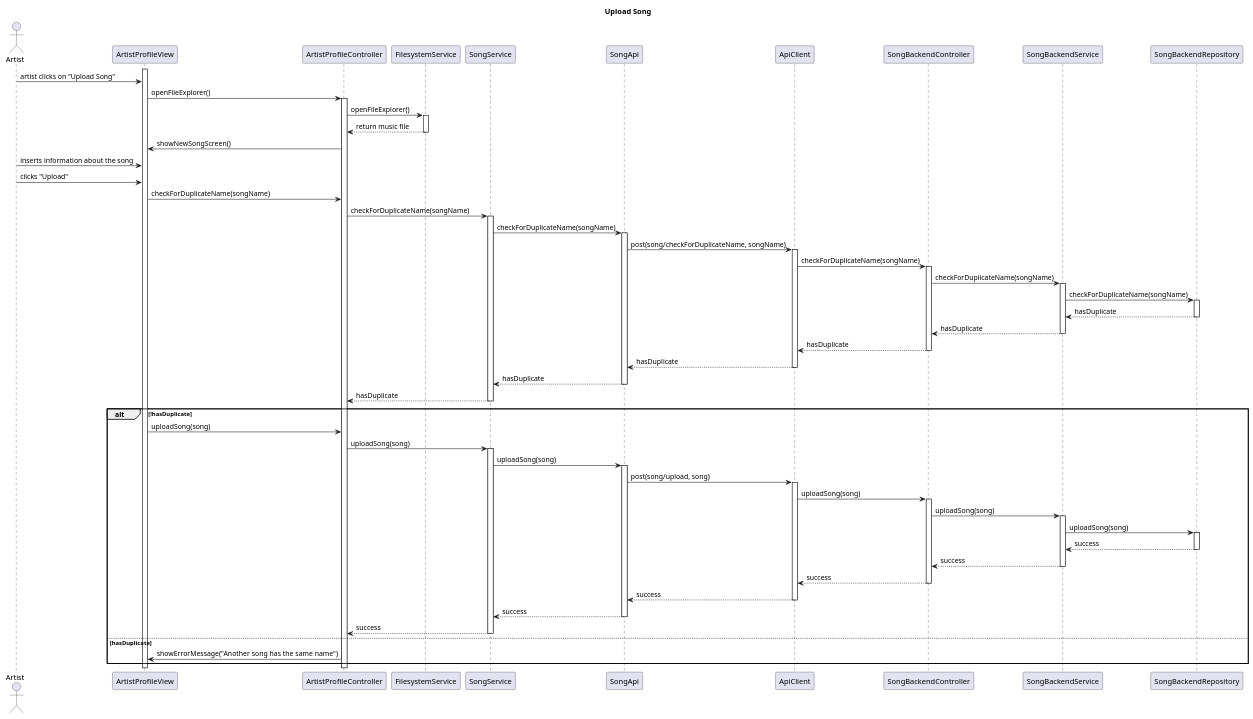
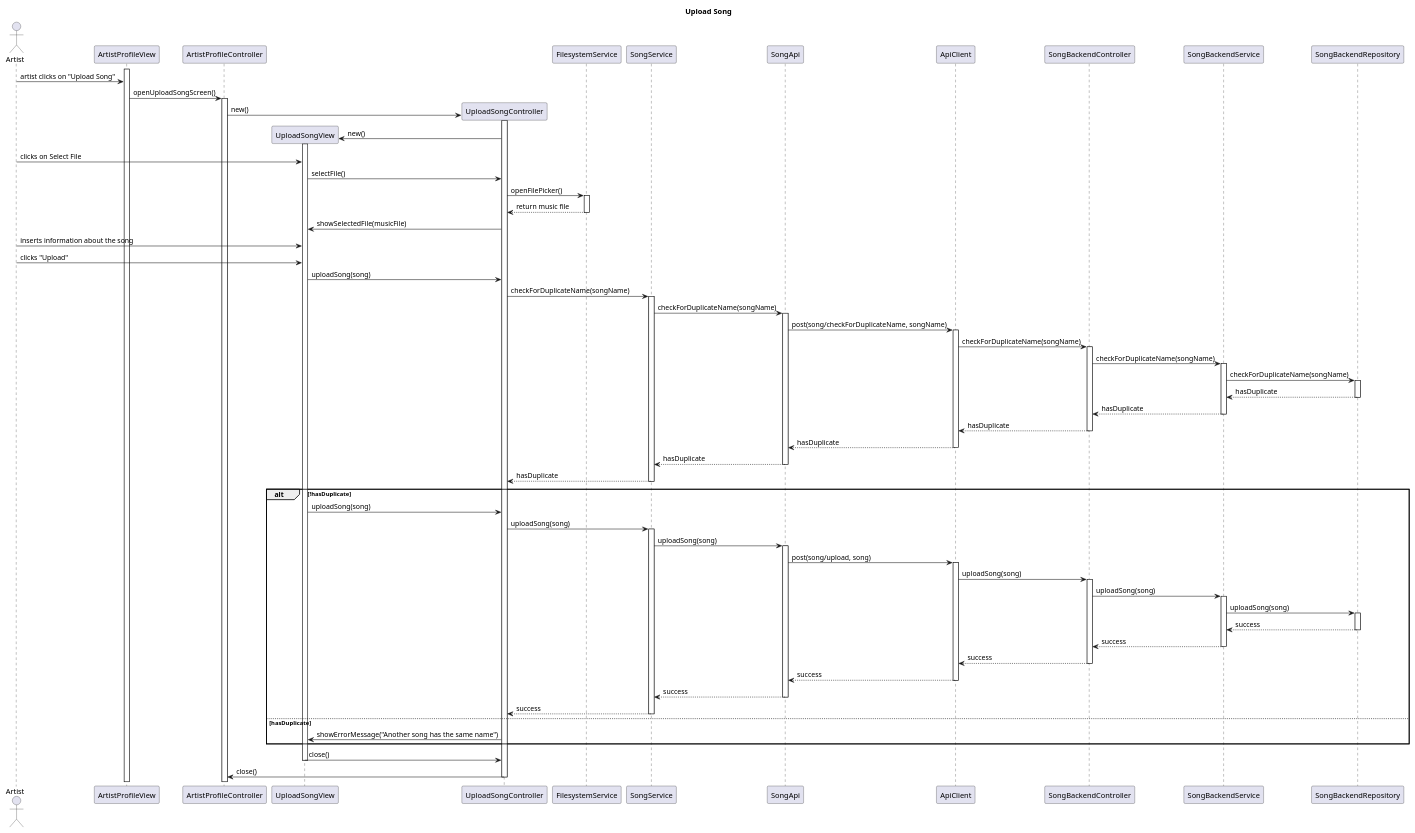
Before and after one commit to RubenKingCP/Tunix: the diagram in Paradoteo_4/SequenceDiagrams-v0.3/UploadSong.puml, drawn with PlantUML. The commit also changed 27 other files, not shown here.

Commit message:
Minor changes to sequence diagrams and regenerated all uml diagrams in Paradoteo_4

```diff
--- a/Paradoteo_4/SequenceDiagrams-v0.3/UploadSong.puml
+++ b/Paradoteo_4/SequenceDiagrams-v0.3/UploadSong.puml
@@ -1,86 +1,101 @@
 @startuml UplaodSong
 
 title Upload Song
 
 actor Artist
 
 participant ArtistProfileView
 participant ArtistProfileController
+participant UploadSongView
+participant UploadSongController
 participant FilesystemService
 participant SongService
 participant SongApi
 participant ApiClient
 participant SongBackendController
 participant SongBackendService
 participant SongBackendRepository
 
 
 activate ArtistProfileView
 Artist -> ArtistProfileView : artist clicks on "Upload Song"
-ArtistProfileView -> ArtistProfileController : openFileExplorer()
+ArtistProfileView -> ArtistProfileController : openUploadSongScreen()
 activate ArtistProfileController
-ArtistProfileController -> FilesystemService : openFileExplorer()
+create UploadSongController
+ArtistProfileController -> UploadSongController : new()
+activate UploadSongController
+create UploadSongView
+UploadSongController -> UploadSongView : new()
+activate UploadSongView
+Artist -> UploadSongView : clicks on Select File
+UploadSongView -> UploadSongController : selectFile()
+UploadSongController -> FilesystemService : openFilePicker()
+
 activate FilesystemService
-FilesystemService --> ArtistProfileController : return music file
+FilesystemService --> UploadSongController : return music file
 deactivate FilesystemService
-ArtistProfileController -> ArtistProfileView : showNewSongScreen()
-Artist -> ArtistProfileView : inserts information about the song
-Artist -> ArtistProfileView : clicks "Upload"
-ArtistProfileView -> ArtistProfileController : checkForDuplicateName(songName)
-ArtistProfileController -> SongService : checkForDuplicateName(songName)
+UploadSongController -> UploadSongView : showSelectedFile(musicFile)
+Artist -> UploadSongView : inserts information about the song
+Artist -> UploadSongView : clicks "Upload"
+UploadSongView -> UploadSongController : uploadSong(song)
+UploadSongController -> SongService : checkForDuplicateName(songName)
 activate SongService
 SongService -> SongApi : checkForDuplicateName(songName)
 activate SongApi
 SongApi -> ApiClient : post(song/checkForDuplicateName, songName)
 'will need to find an alternative to send both ids with one argument
 activate ApiClient
 ApiClient -> SongBackendController : checkForDuplicateName(songName)
 activate SongBackendController
 SongBackendController -> SongBackendService : checkForDuplicateName(songName)
 activate SongBackendService
 SongBackendService -> SongBackendRepository : checkForDuplicateName(songName)
 activate SongBackendRepository
 SongBackendRepository --> SongBackendService : hasDuplicate
 deactivate SongBackendRepository
 SongBackendService --> SongBackendController : hasDuplicate
 deactivate SongBackendService
 SongBackendController --> ApiClient : hasDuplicate
 deactivate SongBackendController
 ApiClient --> SongApi : hasDuplicate
 deactivate ApiClient
 SongApi --> SongService : hasDuplicate
 deactivate SongApi
-SongService --> ArtistProfileController : hasDuplicate
+SongService --> UploadSongController : hasDuplicate
 deactivate SongService
 alt !hasDuplicate
-ArtistProfileView -> ArtistProfileController : uploadSong(song)
-ArtistProfileController -> SongService : uploadSong(song)
+UploadSongView -> UploadSongController : uploadSong(song)
+UploadSongController -> SongService : uploadSong(song)
 activate SongService
 SongService -> SongApi : uploadSong(song)
 activate SongApi
 SongApi -> ApiClient : post(song/upload, song)
 'will need to find an alternative to send both ids with one argument
 activate ApiClient
 ApiClient -> SongBackendController : uploadSong(song)
 activate SongBackendController
 SongBackendController -> SongBackendService : uploadSong(song)
 activate SongBackendService
 SongBackendService -> SongBackendRepository : uploadSong(song)
 activate SongBackendRepository
 SongBackendRepository --> SongBackendService : success
 deactivate SongBackendRepository
 SongBackendService --> SongBackendController : success
 deactivate SongBackendService
 SongBackendController --> ApiClient : success
 deactivate SongBackendController
 ApiClient --> SongApi : success
 deactivate ApiClient
 SongApi --> SongService : success
 deactivate SongApi
-SongService --> ArtistProfileController : success
+SongService --> UploadSongController : success
 deactivate SongService
 else hasDuplicate
-ArtistProfileController -> ArtistProfileView : showErrorMessage("Another song has the same name")
+UploadSongController -> UploadSongView : showErrorMessage("Another song has the same name")
 end
+UploadSongView -> UploadSongController : close()
+deactivate UploadSongView
+UploadSongController -> ArtistProfileController : close()
+deactivate UploadSongController
 
 @enduml
```
